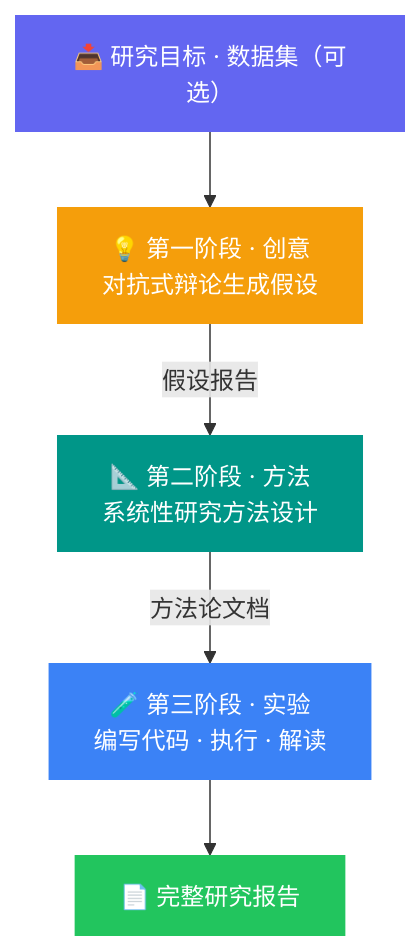
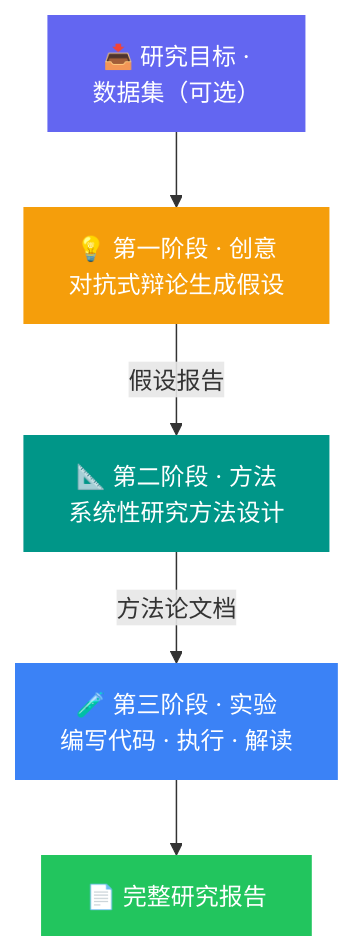
The diagram in README.md (autoseekai/Eureka-samples), drawn with Mermaid before and after one commit. The commit also changed other lines of this file, not shown here.

````diff
--- a/README.md
+++ b/README.md
@@ -41,22 +41,22 @@
 ```mermaid
 flowchart TD
-    INPUT["📥 研究目标 · 数据集（可选）"]
+    INPUT["📥 研究目标 · <br/> 数据集（可选）"]
 
     INPUT --> IDEA
     IDEA["💡 第一阶段 · 创意<br/>对抗式辩论生成假设"]
 
     IDEA -->|假设报告| METHOD
     METHOD["📐 第二阶段 · 方法<br/>系统性研究方法设计"]
 
     METHOD -->|方法论文档| EXPERIMENT
     EXPERIMENT["🧪 第三阶段 · 实验<br/>编写代码 · 执行 · 解读"]
 
     EXPERIMENT --> OUTPUT
     OUTPUT["📄 完整研究报告"]
 
     style INPUT      fill:#6366f1,color:#fff,stroke:none
     style IDEA       fill:#f59e0b,color:#fff,stroke:none
     style METHOD     fill:#009688,color:#fff,stroke:none
     style EXPERIMENT fill:#3b82f6,color:#fff,stroke:none
     style OUTPUT     fill:#22c55e,color:#fff,stroke:none
 ```
````
